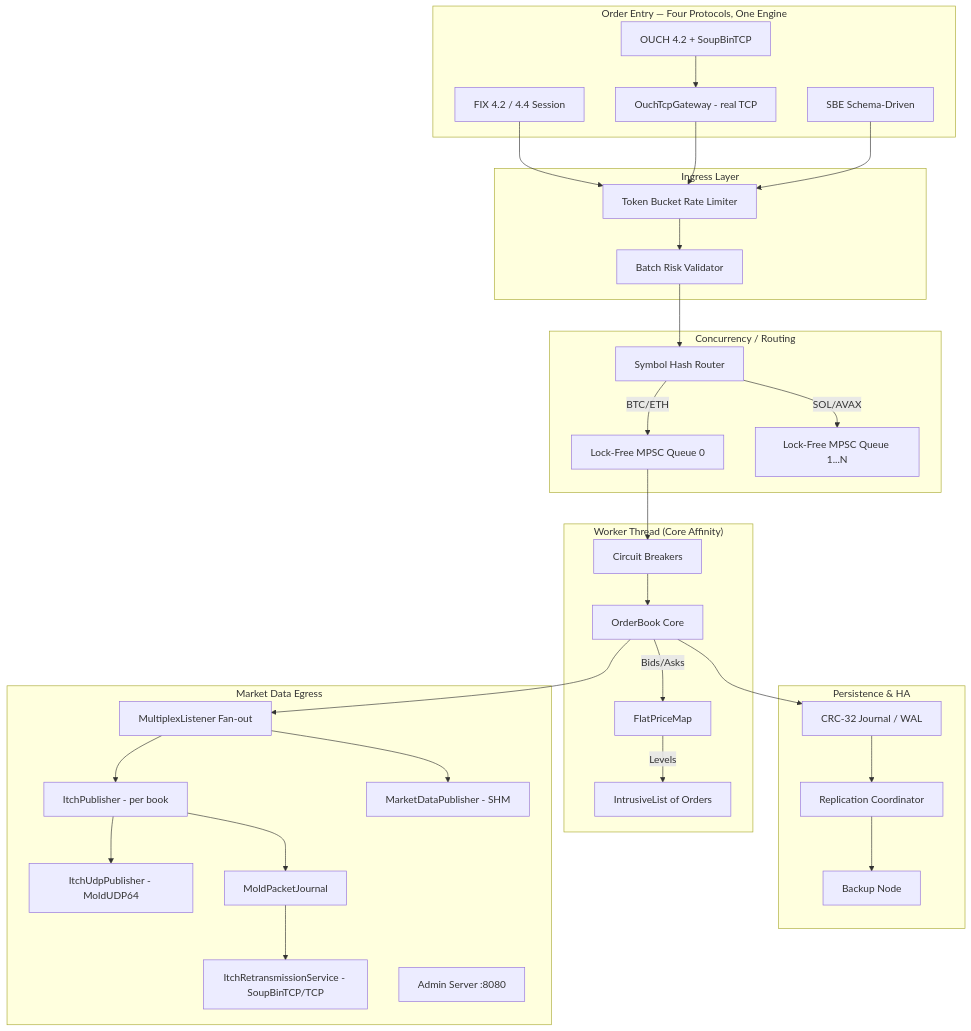
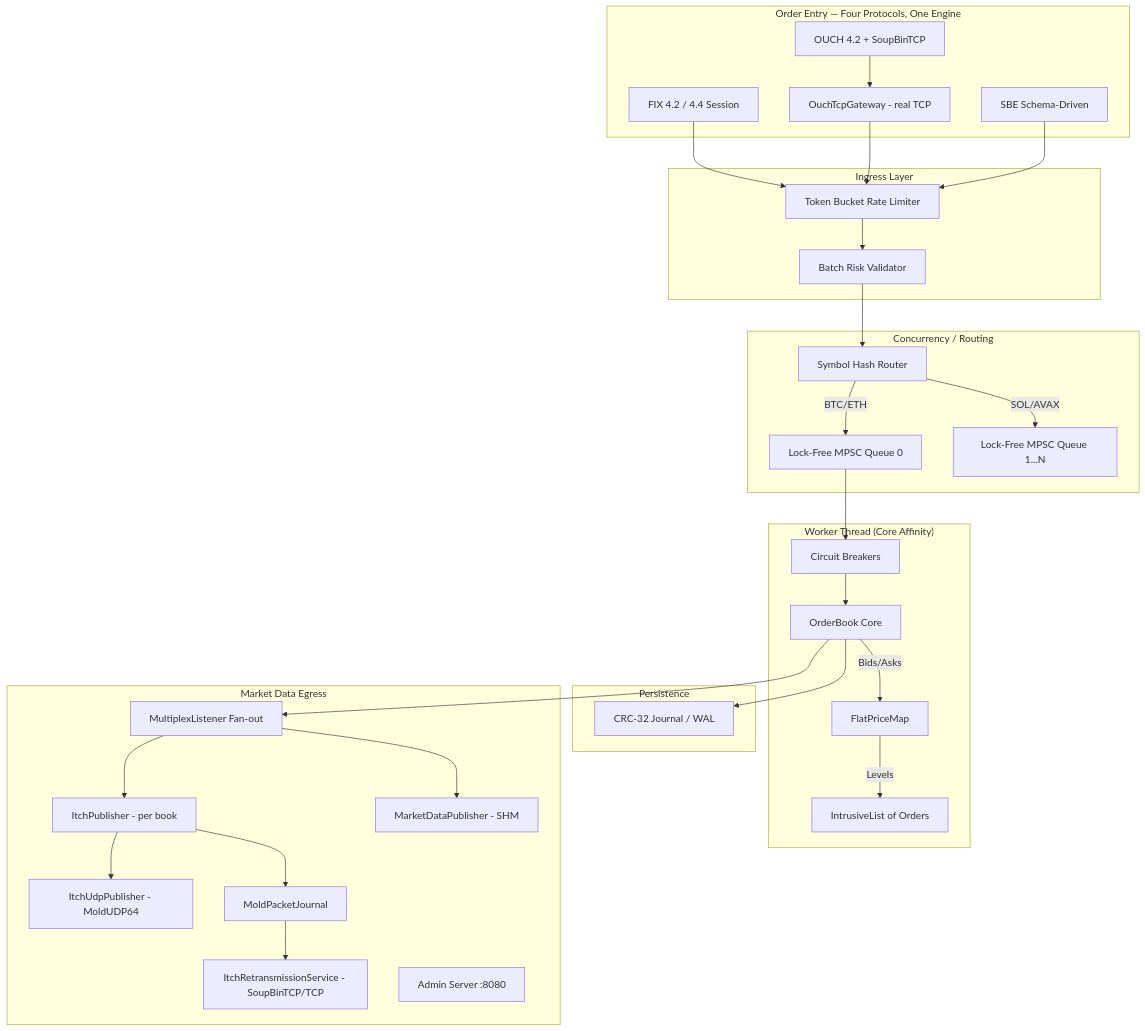
One commit to AtharvaPatil466/Order-Matching-Engine changed the diagram in Architecture.md. Above: the diagram before and after it, drawn with Mermaid. The commit also changed other lines of this file and 16 other files, not shown here.

````diff
--- a/Architecture.md
+++ b/Architecture.md
@@ -27,59 +27,56 @@
 ```mermaid
 graph TD
     subgraph "Order Entry — Four Protocols, One Engine"
         FIX[FIX 4.2 / 4.4 Session]
         OUCH[OUCH 4.2 + SoupBinTCP]
         SBE[SBE Schema-Driven]
         OuchGW[OuchTcpGateway - real TCP]
     end
 
     subgraph "Ingress Layer"
         RL[Token Bucket Rate Limiter]
         BR[Batch Risk Validator]
     end
 
     subgraph "Concurrency / Routing"
         Hash[Symbol Hash Router]
         Q1[Lock-Free MPSC Queue 0]
         Q2[Lock-Free MPSC Queue 1...N]
     end
 
     subgraph "Worker Thread (Core Affinity)"
         CB[Circuit Breakers]
         OB[OrderBook Core]
         OB --> |Bids/Asks| FPM[FlatPriceMap]
         FPM --> |Levels| IL[IntrusiveList of Orders]
     end
 
-    subgraph "Persistence & HA"
+    subgraph "Persistence"
         WAL[CRC-32 Journal / WAL]
-        REP[Replication Coordinator]
-        BK[Backup Node]
     end
 
     subgraph "Market Data Egress"
         MUX[MultiplexListener Fan-out]
         ITCH[ItchPublisher - per book]
         SHM[MarketDataPublisher - SHM]
         UDP[ItchUdpPublisher - MoldUDP64]
         JRN[MoldPacketJournal]
         RETX[ItchRetransmissionService - SoupBinTCP/TCP]
         Admin[Admin Server :8080]
     end
 
     FIX --> RL
     OUCH --> OuchGW --> RL
     SBE --> RL
     RL --> BR --> Hash
     Hash -->|BTC/ETH| Q1
     Hash -->|SOL/AVAX| Q2
     Q1 --> CB --> OB
     OB --> WAL
-    WAL --> REP --> BK
     OB --> MUX
     MUX --> ITCH
     MUX --> SHM
     ITCH --> UDP
     ITCH --> JRN
     JRN --> RETX
 ```
````
